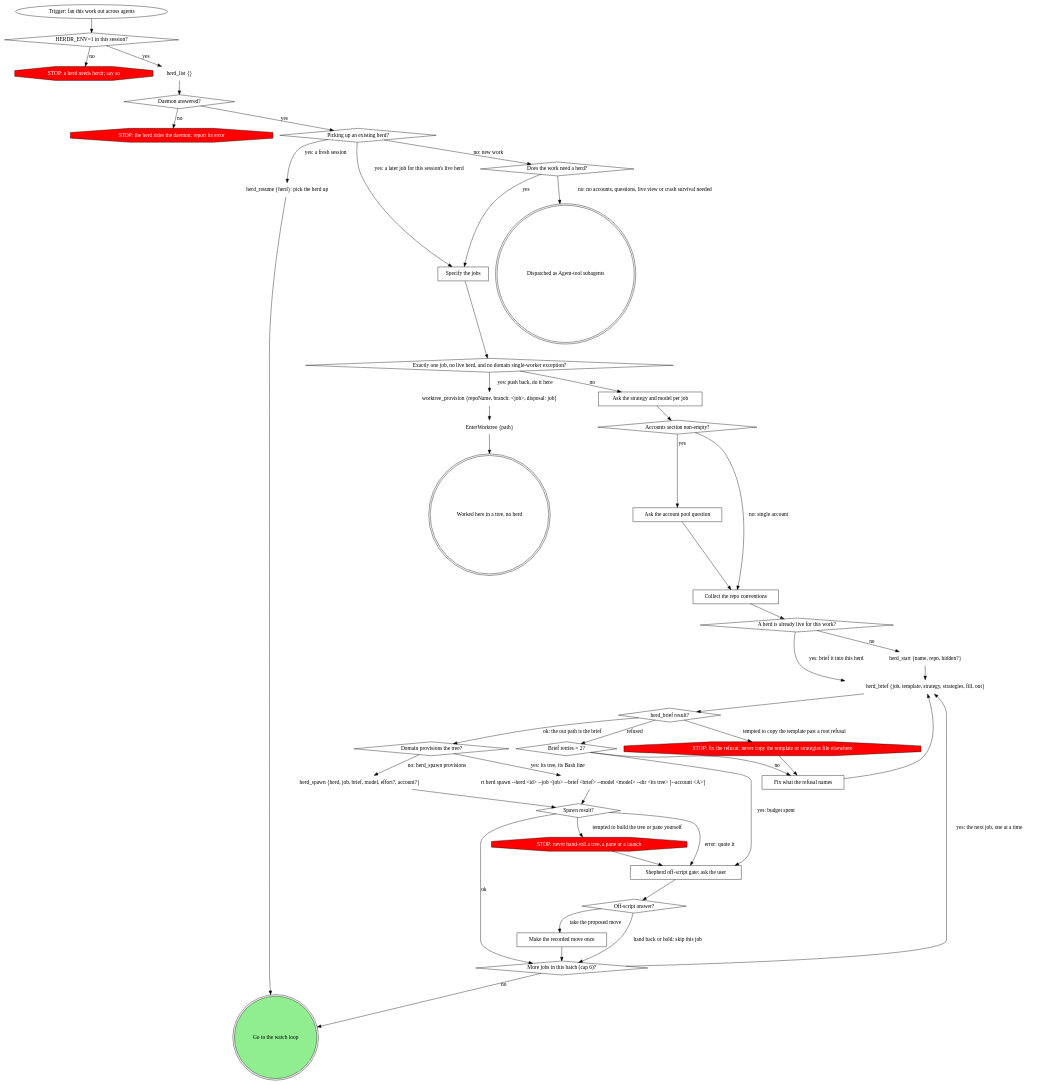
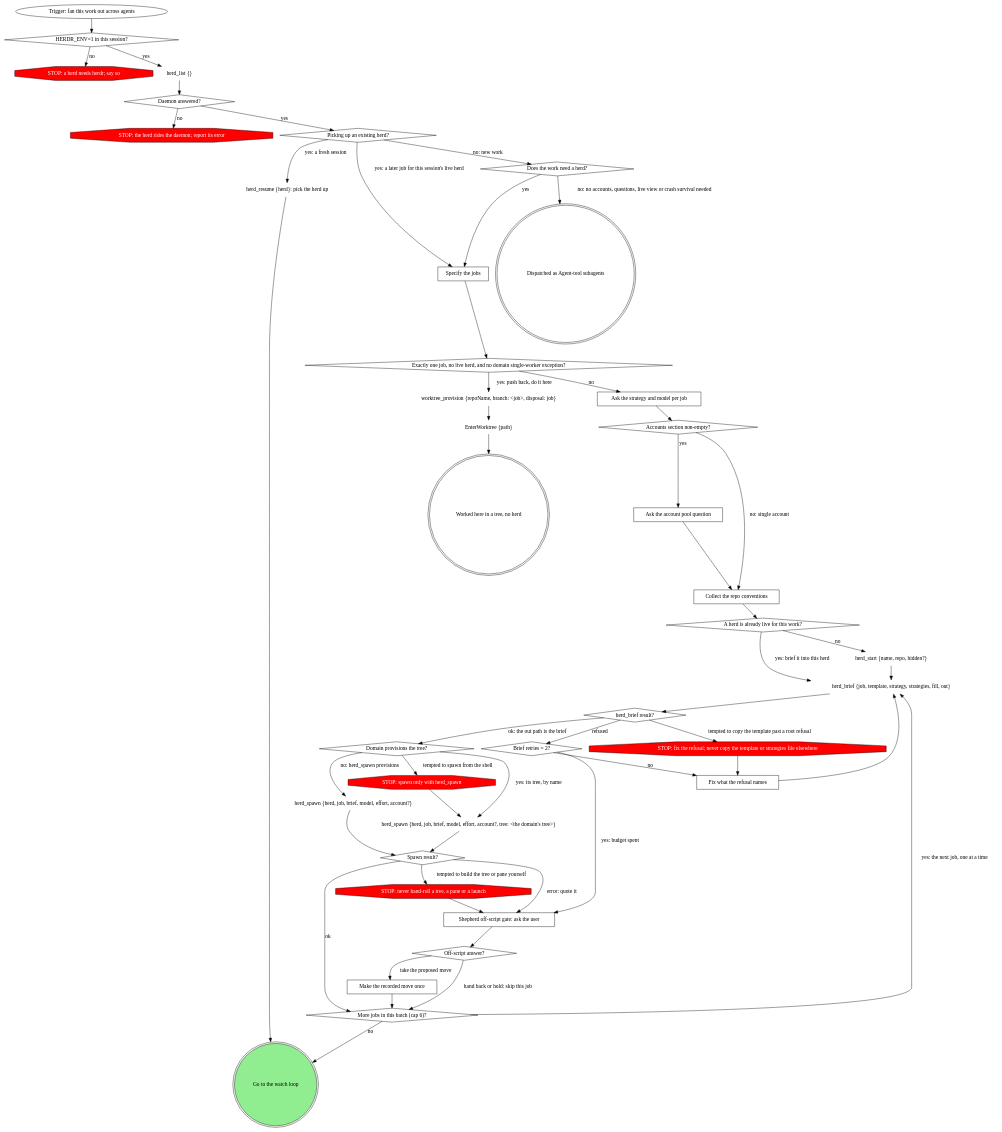
Before and after one commit to m4ttstack/mattstack: the first of 3 diagrams in plugins/mattstack/attachments/orchestration/shepherdr/SKILL.md, drawn with Graphviz. The commit also changed other lines of this file and 6 other files, not shown here.

First line of the commit message:
shepherdr on the herd tools: no shell lines, budgets from the daemon (#854)

```diff
--- a/plugins/mattstack/attachments/orchestration/shepherdr/SKILL.md
+++ b/plugins/mattstack/attachments/orchestration/shepherdr/SKILL.md
@@ -104,8 +99,9 @@
     "Fix what the refusal names" [shape=box];
     "STOP: fix the refusal; never copy the template or strategies file elsewhere" [shape=octagon style=filled fillcolor=red fontcolor=white];
     "Domain provisions the tree?" [shape=diamond];
-    "herd_spawn {herd, job, brief, model, effort?, account?}" [shape=plaintext];
-    "rt herd spawn --herd <id> --job <job> --brief <brief> --model <model> --dir <its tree> [--account <A>]" [shape=plaintext]; // <!-- mcp-lint: allow -->
+    "herd_spawn {herd, job, brief, model, effort, account?}" [shape=plaintext];
+    "herd_spawn {herd, job, brief, model, effort, account?, tree: <the domain's tree>}" [shape=plaintext];
+    "STOP: spawn only with herd_spawn" [shape=octagon style=filled fillcolor=red fontcolor=white];
     "Spawn result?" [shape=diamond];
     "STOP: never hand-roll a tree, a pane or a launch" [shape=octagon style=filled fillcolor=red fontcolor=white];
     "Shepherd off-script gate: ask the user" [shape=box];
@@ -147,10 +143,12 @@
     "Brief retries = 2?" -> "Fix what the refusal names" [label="no"];
     "Brief retries = 2?" -> "Shepherd off-script gate: ask the user" [label="yes: budget spent"];
     "Fix what the refusal names" -> "herd_brief {job, template, strategy, strategies, fill, out}";
-    "Domain provisions the tree?" -> "herd_spawn {herd, job, brief, model, effort?, account?}" [label="no: herd_spawn provisions"];
-    "Domain provisions the tree?" -> "rt herd spawn --herd <id> --job <job> --brief <brief> --model <model> --dir <its tree> [--account <A>]" [label="yes: its tree, its Bash line"]; // <!-- mcp-lint: allow -->
-    "herd_spawn {herd, job, brief, model, effort?, account?}" -> "Spawn result?";
-    "rt herd spawn --herd <id> --job <job> --brief <brief> --model <model> --dir <its tree> [--account <A>]" -> "Spawn result?"; // <!-- mcp-lint: allow -->
+    "Domain provisions the tree?" -> "herd_spawn {herd, job, brief, model, effort, account?}" [label="no: herd_spawn provisions"];
+    "Domain provisions the tree?" -> "herd_spawn {herd, job, brief, model, effort, account?, tree: <the domain's tree>}" [label="yes: its tree, by name"];
+    "Domain provisions the tree?" -> "STOP: spawn only with herd_spawn" [label="tempted to spawn from the shell"];
+    "STOP: spawn only with herd_spawn" -> "herd_spawn {herd, job, brief, model, effort, account?, tree: <the domain's tree>}";
+    "herd_spawn {herd, job, brief, model, effort, account?}" -> "Spawn result?";
+    "herd_spawn {herd, job, brief, model, effort, account?, tree: <the domain's tree>}" -> "Spawn result?";
     "Spawn result?" -> "More jobs in this batch (cap 6)?" [label="ok"];
     "Spawn result?" -> "Shepherd off-script gate: ask the user" [label="error: quote it"];
     "Spawn result?" -> "STOP: never hand-roll a tree, a pane or a launch" [label="tempted to build the tree or pane yourself"];
```
